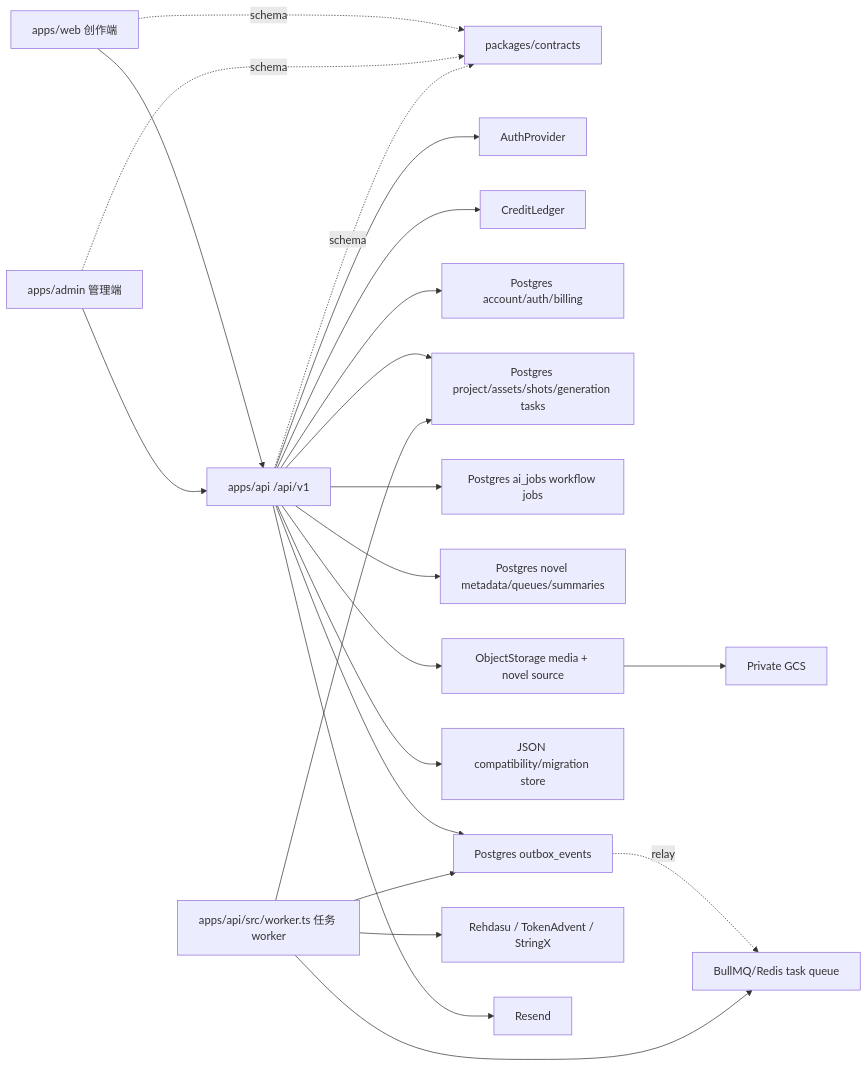
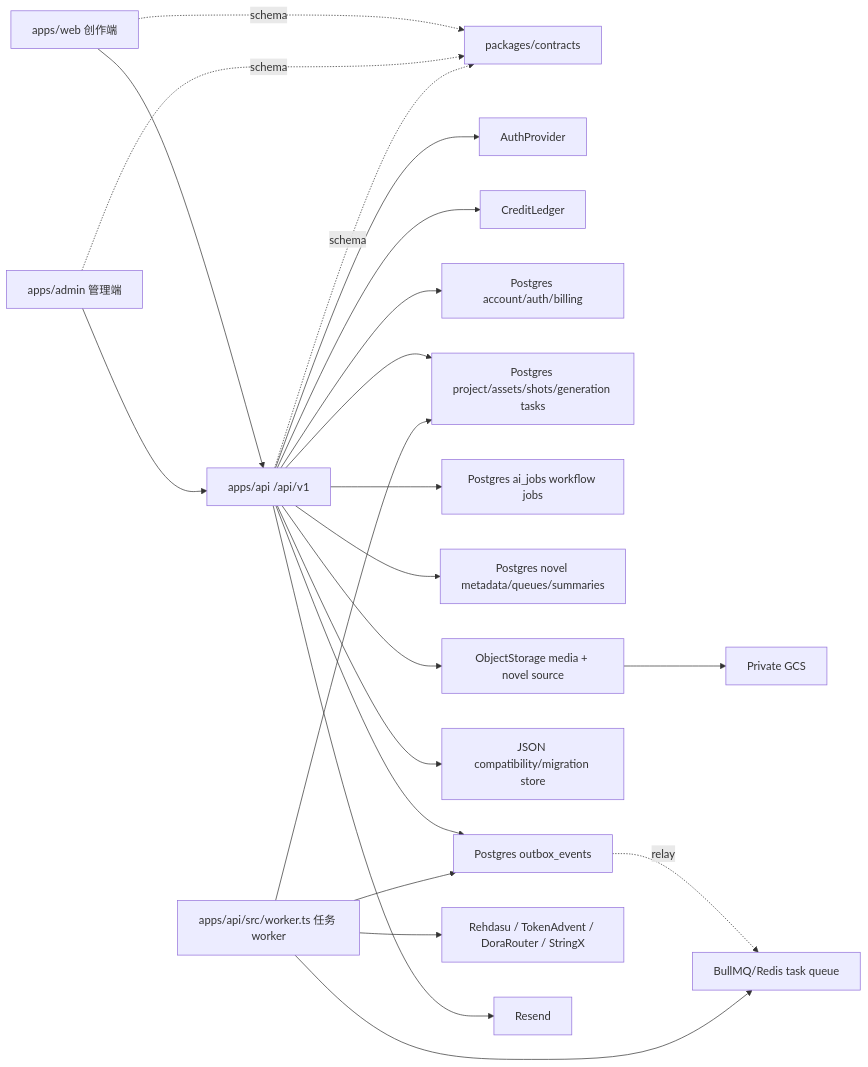
Before and after one commit to usaaron/AIGC_Video_Platform: the diagram in docs/ARCHITECTURE.md, drawn with Mermaid. The commit also changed other lines of this file and 45 other files, not shown here.

Commit message:
feat: switch video and trusted assets to DoraRouter

````diff
--- a/docs/ARCHITECTURE.md
+++ b/docs/ARCHITECTURE.md
@@ -9,24 +9,24 @@
 ```mermaid
 flowchart LR
   Web["apps/web 创作端"] --> API["apps/api /api/v1"]
   Admin["apps/admin 管理端"] --> API
   Web -. schema .-> Contracts["packages/contracts"]
   Admin -. schema .-> Contracts
   API -. schema .-> Contracts
   API --> Auth["AuthProvider"]
   API --> Ledger["CreditLedger"]
   API --> AccountDb["Postgres account/auth/billing"]
   API --> ProjectDb["Postgres project/assets/shots/generation tasks"]
   API --> AiJobs["Postgres ai_jobs workflow jobs"]
   API --> NovelDb["Postgres novel metadata/queues/summaries"]
   API --> ObjectStorage["ObjectStorage media + novel source"]
   API --> Store["JSON compatibility/migration store"]
   API --> Outbox["Postgres outbox_events"]
   Outbox -. relay .-> Queue["BullMQ/Redis task queue"]
   Worker["apps/api/src/worker.ts 任务 worker"] --> Queue
   Worker --> ProjectDb
   Worker --> Outbox
-  Worker --> Providers["Rehdasu / TokenAdvent / StringX"]
+  Worker --> Providers["Rehdasu / TokenAdvent / DoraRouter / StringX"]
   API --> Mail["Resend"]
   ObjectStorage --> GCS["Private GCS"]
 ```
````
